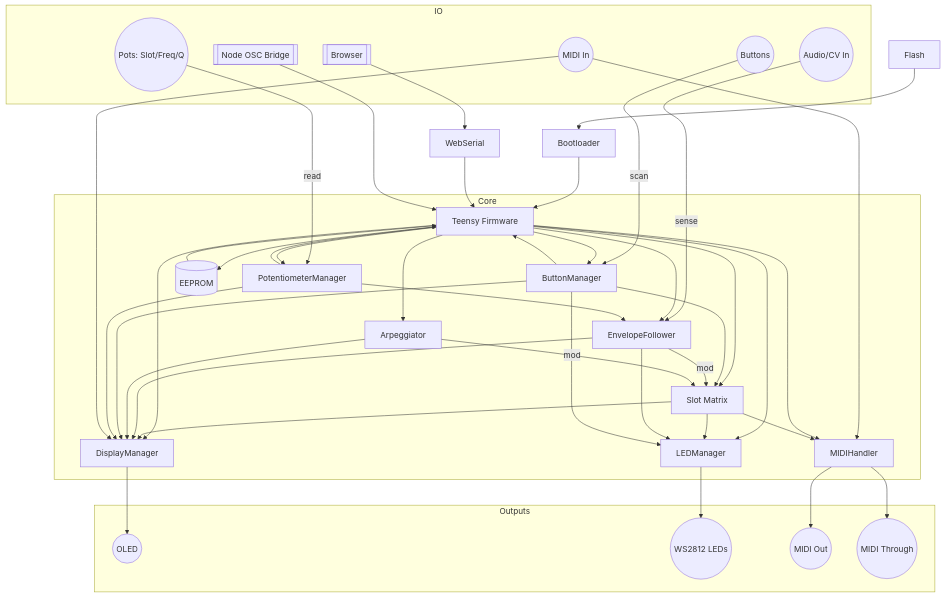
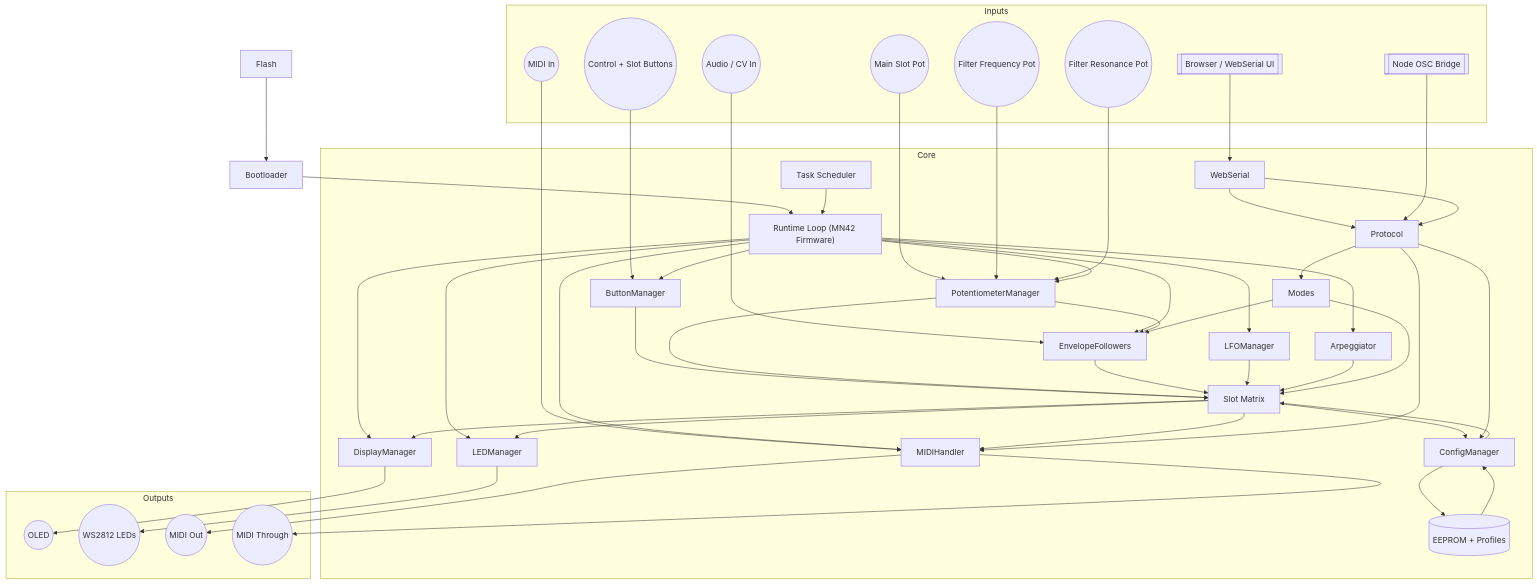
The diagram in firmware/README.md (bseverns/MOARkNOBS-42), drawn with Mermaid before and after one commit.

Commit message:
Update system flow readme

````diff
--- a/firmware/README.md
+++ b/firmware/README.md
@@ -227,27 +227,35 @@
 ```mermaid
 flowchart TD
-  Flash --> Loader[Bootloader] --> FW[Teensy Firmware]
+  Flash --> Loader[Bootloader] --> Runtime["Runtime Loop (MN42 Firmware)"]
 
-  subgraph IO
-    Buttons((Buttons))
-    Pots((Pots: Slot/Freq/Q))
-    AudioIn((Audio/CV In))
+  subgraph Inputs
+    Buttons((Control + Slot Buttons))
+    SlotPot((Main Slot Pot))
+    FreqPot((Filter Frequency Pot))
+    QPot((Filter Resonance Pot))
+    AudioIn((Audio / CV In))
     MIDIIN((MIDI In))
-    Browser[[Browser]]
+    Browser[[Browser / WebSerial UI]]
     NodeOSC[[Node OSC Bridge]]
   end
 
   subgraph Core
-    FW
-    BM[ButtonManager]
-    PM[PotentiometerManager]
-    EF[EnvelopeFollower]
-    ARP[Arpeggiator]
-    MM[MIDIHandler]
-    DM[DisplayManager]
-    LM[LEDManager]
-    Slots[Slot Matrix]
-    EEPROM[(EEPROM)]
+    Scheduler["Task Scheduler"]
+    Runtime
+    ButtonManager
+    PotManager["PotentiometerManager"]
+    EnvelopeFollowers["EnvelopeFollowers"]
+    LFOManager
+    Arpeggiator
+    MIDIHandler
+    DisplayManager
+    LEDManager
+    ConfigManager
+    Modes
+    Protocol
+    Slots["Slot Matrix"]
+    EEPROM[(EEPROM + Profiles)]
+    WebSerial
   end
 
   subgraph Outputs
@@ -257,43 +265,51 @@
     MIDIThrough((MIDI Through))
   end
 
-  Buttons -->|scan| BM
-  Pots -->|read| PM
-  AudioIn -->|sense| EF
-  MIDIIN --> MM
-  Browser --> WebSerial --> FW
-  NodeOSC --> FW
+  Buttons --> ButtonManager
+  SlotPot --> PotManager
+  FreqPot --> PotManager
+  QPot --> PotManager
+  AudioIn --> EnvelopeFollowers
+  MIDIIN --> MIDIHandler
+  Browser --> WebSerial --> Protocol
+  NodeOSC --> Protocol
 
-  BM --> FW
-  PM --> FW
-  FW --> BM
-  FW --> PM
-  FW --> EF
-  FW --> ARP
-  FW --> MM
-  FW --> DM
-  FW --> LM
-  FW --> Slots
-  FW --> EEPROM
-  EEPROM --> FW
+  Scheduler --> Runtime
+  Runtime --> ButtonManager
+  Runtime --> PotManager
+  Runtime --> EnvelopeFollowers
+  Runtime --> LFOManager
+  Runtime --> Arpeggiator
+  Runtime --> MIDIHandler
+  Runtime --> DisplayManager
+  Runtime --> LEDManager
 
-  BM --> Slots
-  PM --> EF
-  EF -->|mod| Slots
-  ARP -->|mod| Slots
-  Slots --> MM
-  Slots --> LM
-  Slots --> DM
-  EF --> LM
-  EF --> DM
-  ARP --> DM
-  BM --> DM
-  BM --> LM
-  PM --> DM
-  MIDIIN --> DM
+  ButtonManager --> Slots
+  PotManager --> Slots
+  PotManager --> EnvelopeFollowers
+  EnvelopeFollowers --> Slots
+  LFOManager --> Slots
+  Arpeggiator --> Slots
 
-  MM --> MIDIOut
-  MM --> MIDIThrough
-  DM --> OLED
-  LM --> LEDs
+  Modes --> EnvelopeFollowers
+  Modes --> Slots
+  ConfigManager --> Slots
+  Slots --> MIDIHandler
+  Slots --> LEDManager
+  Slots --> DisplayManager
+  Slots --> ConfigManager
+
+  Protocol --> ConfigManager
+  Protocol --> Modes
+  Protocol --> MIDIHandler
+
+  ConfigManager --> EEPROM
+  EEPROM --> ConfigManager
+  WebSerial --> Protocol
+
+  DisplayManager --> OLED
+  LEDManager --> LEDs
+
+  MIDIHandler --> MIDIOut
+  MIDIHandler --> MIDIThrough
 ```
````
